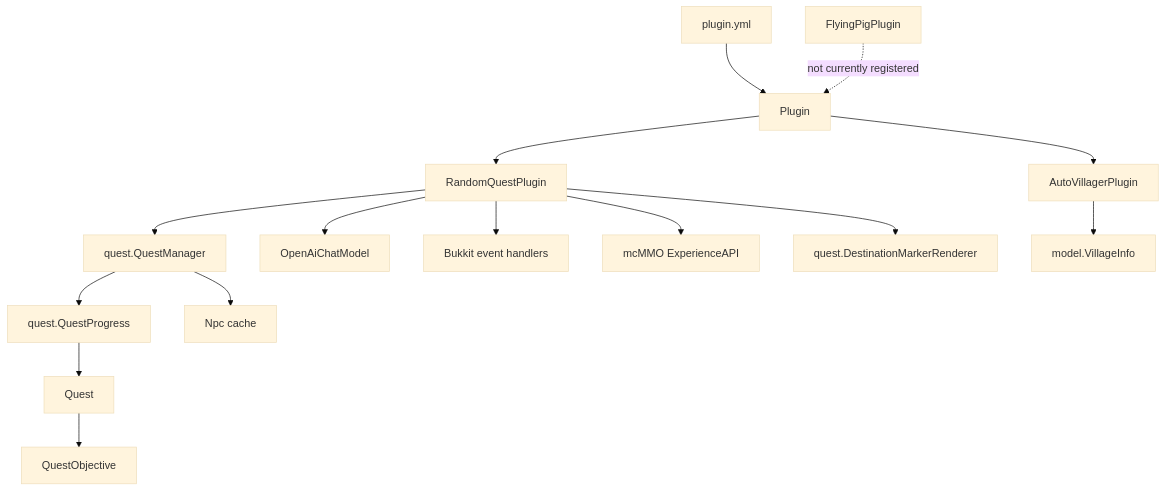
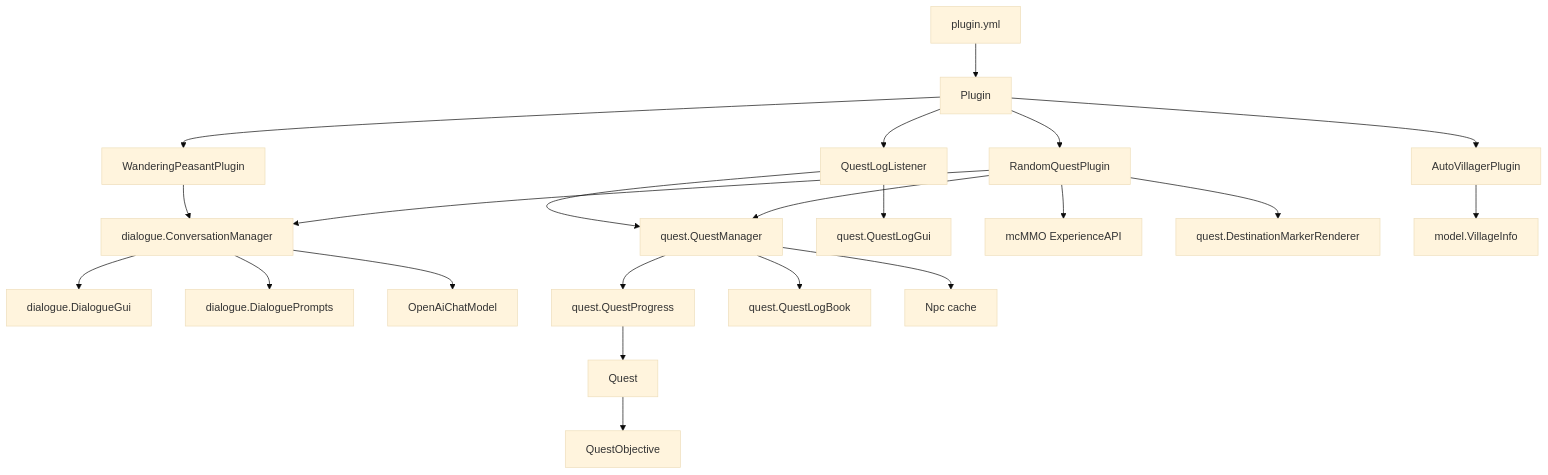
One commit to adeptum-labs/questai changed the first of 3 diagrams in README.md. Above: the diagram before and after it, drawn with Mermaid (base theme). The commit also changed other lines of this file, not shown here.

Commit message:
Update README with dialogue system, multi-quest, and quest log docs

````diff
--- a/README.md
+++ b/README.md
@@ -30,17 +27,24 @@
 ```mermaid
 flowchart TD
 	PluginYml[plugin.yml] --> Root[Plugin]
 	Root --> AutoVillager[AutoVillagerPlugin]
 	Root --> RandomQuest[RandomQuestPlugin]
+	Root --> WanderingPeasant[WanderingPeasantPlugin]
+	Root --> QuestLogListener[QuestLogListener]
 	RandomQuest --> QM[quest.QuestManager]
-	RandomQuest --> OpenAI[OpenAiChatModel]
-	RandomQuest --> BukkitEvents[Bukkit event handlers]
-	RandomQuest --> McMMO[mcMMO ExperienceAPI]
+	RandomQuest --> ConvMgr[dialogue.ConversationManager]
+	WanderingPeasant --> ConvMgr
+	ConvMgr --> DialogueGui[dialogue.DialogueGui]
+	ConvMgr --> DialoguePrompts[dialogue.DialoguePrompts]
+	ConvMgr --> OpenAI[OpenAiChatModel]
 	QM --> QP[quest.QuestProgress]
+	QM --> QLB[quest.QuestLogBook]
 	QM --> Npc[Npc cache]
 	QP --> Quest[Quest]
 	Quest --> Objective[QuestObjective]
+	QuestLogListener --> QM
+	QuestLogListener --> QLG[quest.QuestLogGui]
+	RandomQuest --> McMMO[mcMMO ExperienceAPI]
 	RandomQuest --> DMR[quest.DestinationMarkerRenderer]
 	AutoVillager --> VillageInfo[model.VillageInfo]
-	FlyingPig[FlyingPigPlugin] -. not currently registered .-> Root
 ```
````
